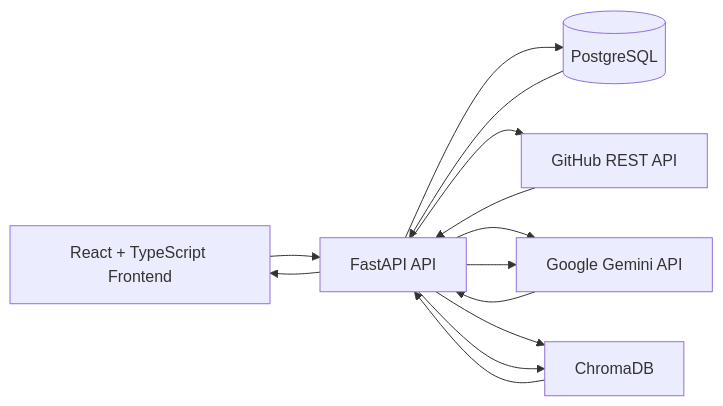
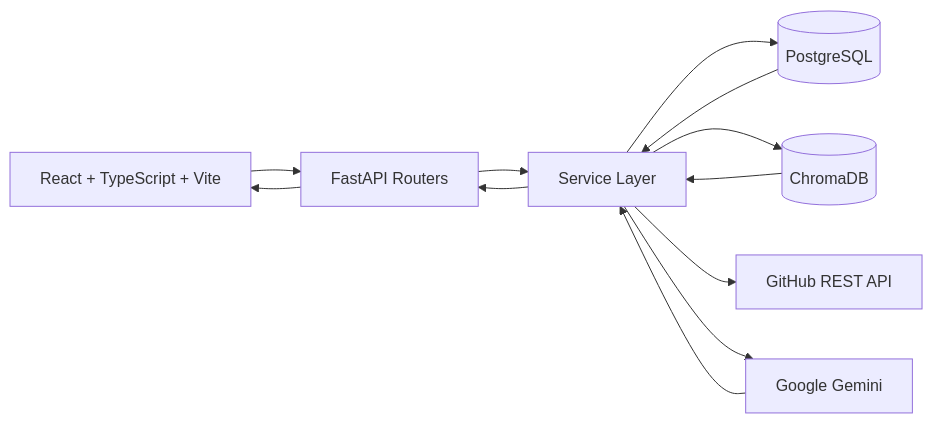
One commit to bharath-inamdar/github-team-brain changed the diagram in README.md. Above: the diagram before and after it, drawn with Mermaid. The commit also changed other lines of this file and 19 other files, not shown here.

Commit message:
refactor: improve TeamBrain dashboard, RAG pipeline, and architecture

````diff
--- a/README.md
+++ b/README.md
@@ -21,15 +7,14 @@
 ```mermaid
 flowchart LR
-    UI[React + TypeScript Frontend] --> API[FastAPI API]
-    API --> DB[(PostgreSQL)]
-    API --> GH[GitHub REST API]
-    API --> AI[Google Gemini API]
-    API --> VS[ChromaDB]
-    GH --> API
-    DB --> API
-    API --> AI
-    AI --> API
-    API --> VS
-    VS --> API
+    UI[React + TypeScript + Vite] --> API[FastAPI Routers]
+    API --> Services[Service Layer]
+    Services --> DB[(PostgreSQL)]
+    Services --> Chroma[(ChromaDB)]
+    Services --> GitHub[GitHub REST API]
+    Services --> Gemini[Google Gemini]
+    Gemini --> Services
+    Chroma --> Services
+    DB --> Services
+    Services --> API
     API --> UI
 ```
````
